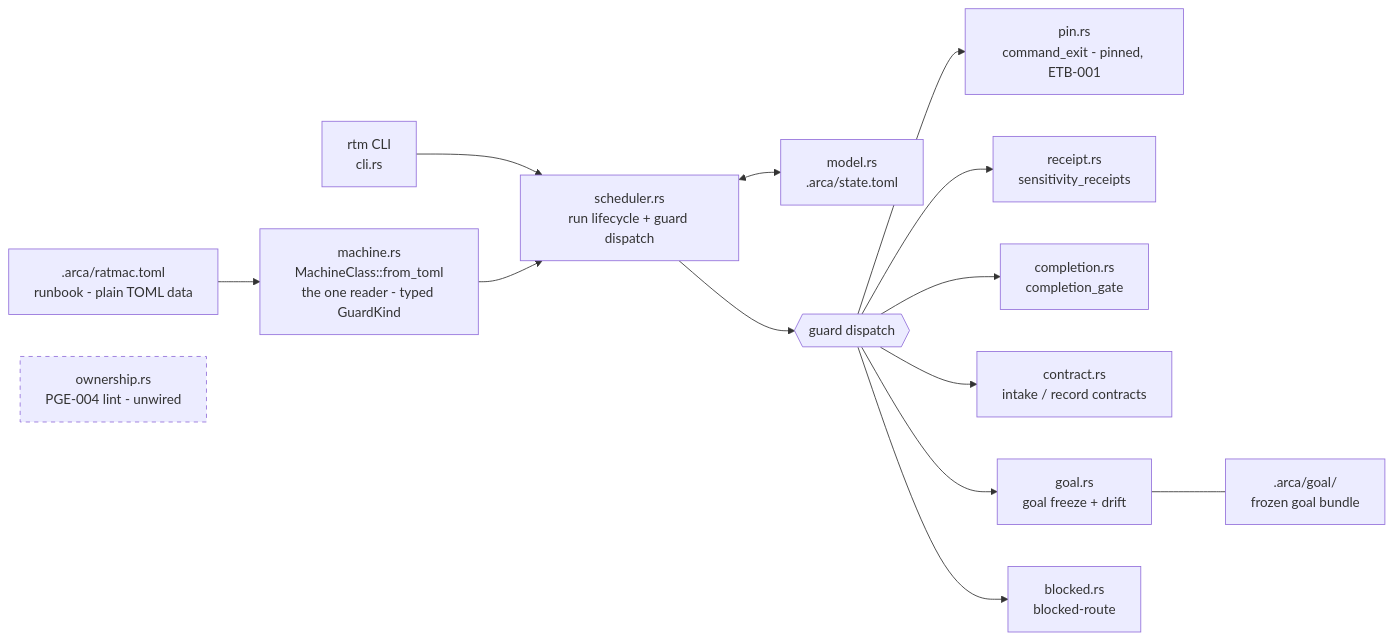
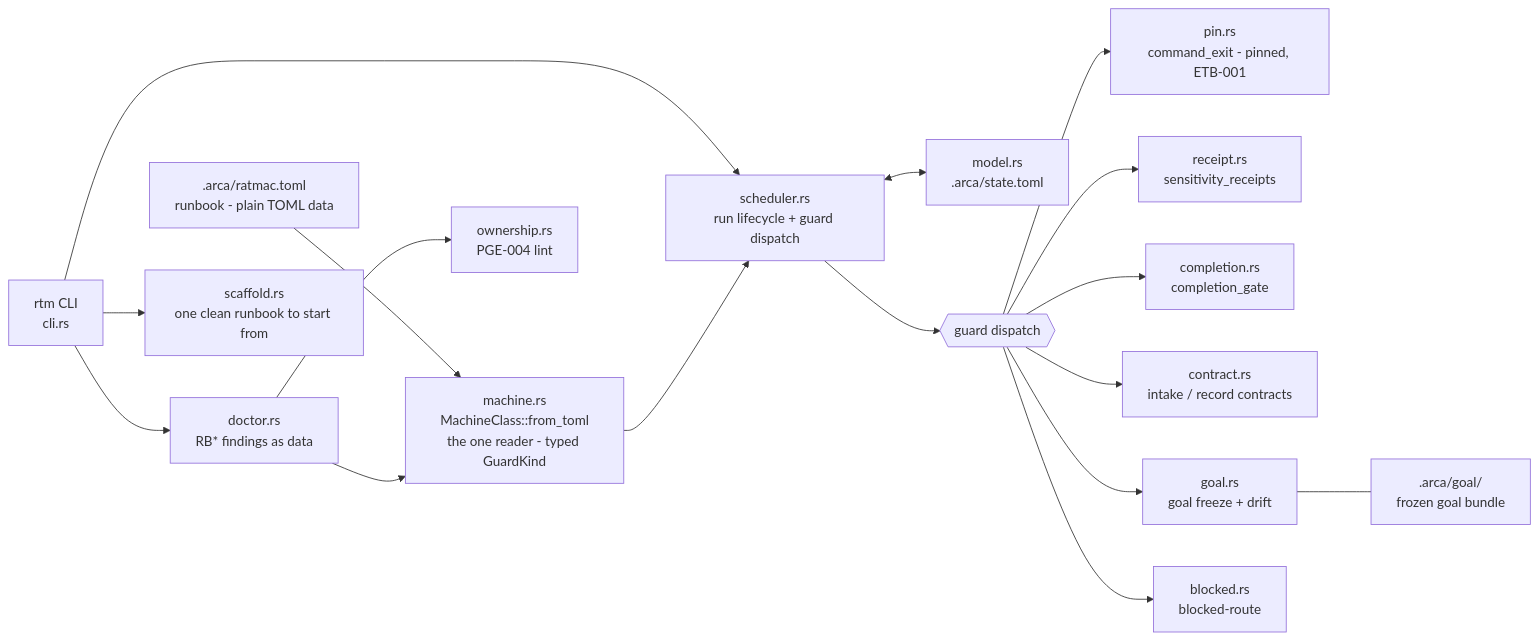
The diagram in .arca/index.md (egoisth777/ratmac), drawn with Mermaid before and after one commit. The commit also changed other lines of this file and 6 other files, not shown here.

````diff
--- a/.arca/index.md
+++ b/.arca/index.md
@@ -29,17 +29,19 @@
 ```mermaid
 flowchart LR
     CLI["rtm CLI<br/>cli.rs"] --> SCH["scheduler.rs<br/>run lifecycle + guard dispatch"]
     RB[".arca/ratmac.toml<br/>runbook - plain TOML data"] --> MC["machine.rs<br/>MachineClass::from_toml<br/>the one reader - typed GuardKind"]
     MC --> SCH
     SCH <--> ST["model.rs<br/>.arca/state.toml"]
     SCH --> G{{guard dispatch}}
     G --> PIN["pin.rs<br/>command_exit - pinned, ETB-001"]
     G --> REC["receipt.rs<br/>sensitivity_receipts"]
     G --> COM["completion.rs<br/>completion_gate"]
     G --> CON["contract.rs<br/>intake / record contracts"]
     G --> GOL["goal.rs<br/>goal freeze + drift"]
     G --> BLK["blocked.rs<br/>blocked-route"]
     GOL --- GB[".arca/goal/<br/>frozen goal bundle"]
-    OWN["ownership.rs<br/>PGE-004 lint - unwired"]
-    style OWN stroke-dasharray: 5 5
+    CLI --> DOC["doctor.rs<br/>RB* findings as data"]
+    CLI --> SCA["scaffold.rs<br/>one clean runbook to start from"]
+    DOC --> MC
+    DOC --> OWN["ownership.rs<br/>PGE-004 lint"]
 ```
````
